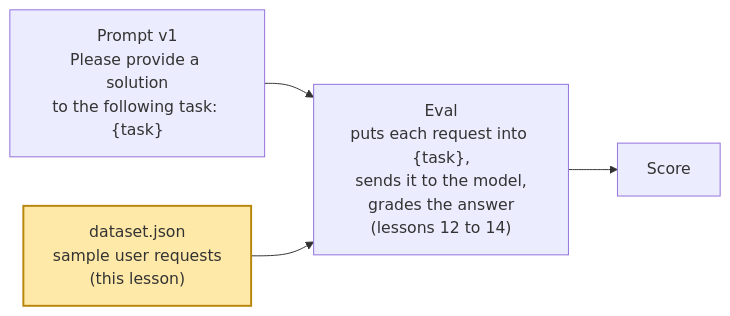
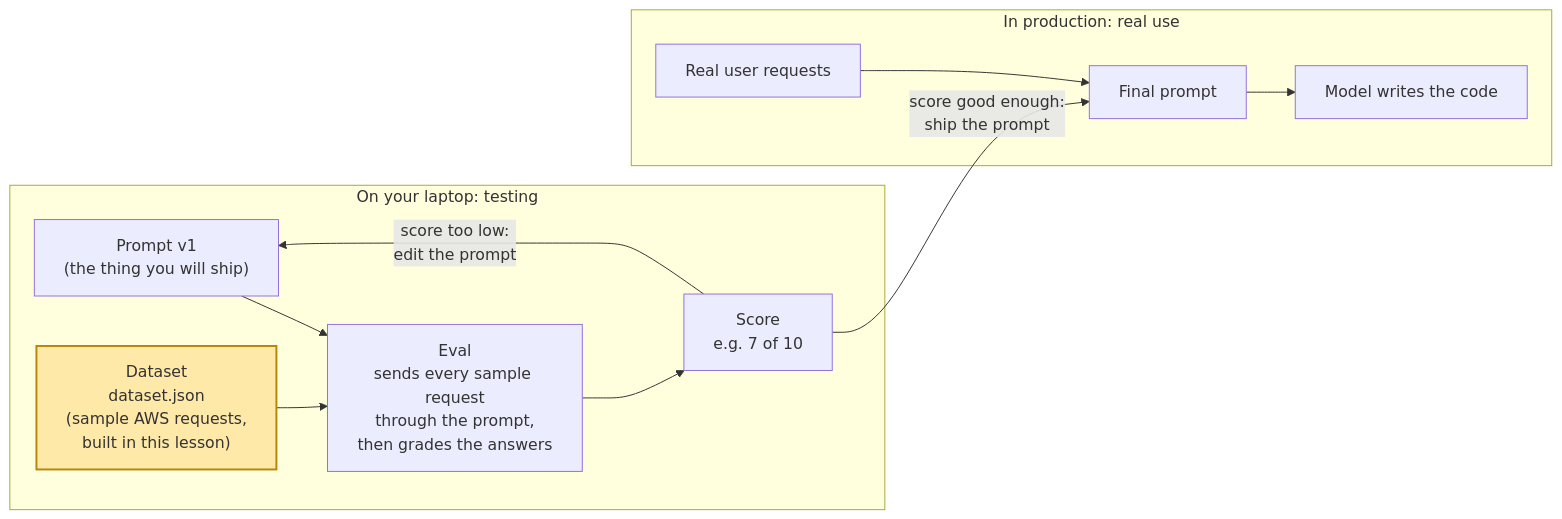
One commit to nirajp82/ClaudeArchitectStudyGuide changed the first of 2 diagrams in 02_BuildingWithTheClaudeAPI/02-prompt-evaluation/11-generating-test-datasets.md. Above: the diagram before and after it, drawn with Mermaid. The commit also changed other lines of this file, not shown here.

Commit message:
Lesson 11: use the testing-vs-production diagram from lesson 9

````diff
--- a/02_BuildingWithTheClaudeAPI/02-prompt-evaluation/11-generating-test-datasets.md
+++ b/02_BuildingWithTheClaudeAPI/02-prompt-evaluation/11-generating-test-datasets.md
@@ -81,7 +81,21 @@
 ```mermaid
 flowchart LR
-    P["Prompt v1<br/>Please provide a solution<br/>to the following task: {task}"] --> E
-    D["dataset.json<br/>sample user requests<br/>(this lesson)"] --> E
-    E["Eval<br/>puts each request into {task},<br/>sends it to the model,<br/>grades the answer<br/>(lessons 12 to 14)"] --> S["Score"]
+    subgraph Local["On your laptop: testing"]
+        P["Prompt v1<br/>(the thing you will ship)"]
+        D["Dataset<br/>dataset.json<br/>(sample AWS requests,<br/>built in this lesson)"]
+        E["Eval<br/>sends every sample request<br/>through the prompt,<br/>then grades the answers"]
+        S["Score<br/>e.g. 7 of 10"]
+        P --> E
+        D --> E
+        E --> S
+        S -- "score too low:<br/>edit the prompt" --> P
+    end
+    subgraph Prod["In production: real use"]
+        P2["Final prompt"]
+        U["Real user requests"]
+        M["Model writes the code"]
+        U --> P2 --> M
+    end
+    S -- "score good enough:<br/>ship the prompt" --> P2
     style D fill:#ffe9a8,stroke:#b8860b,stroke-width:2px
 ```
````
